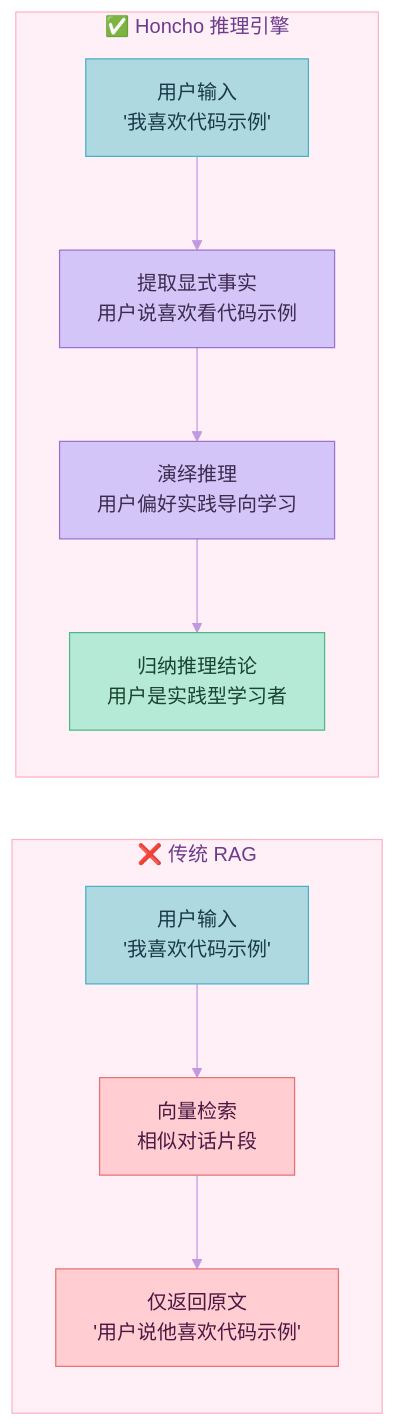
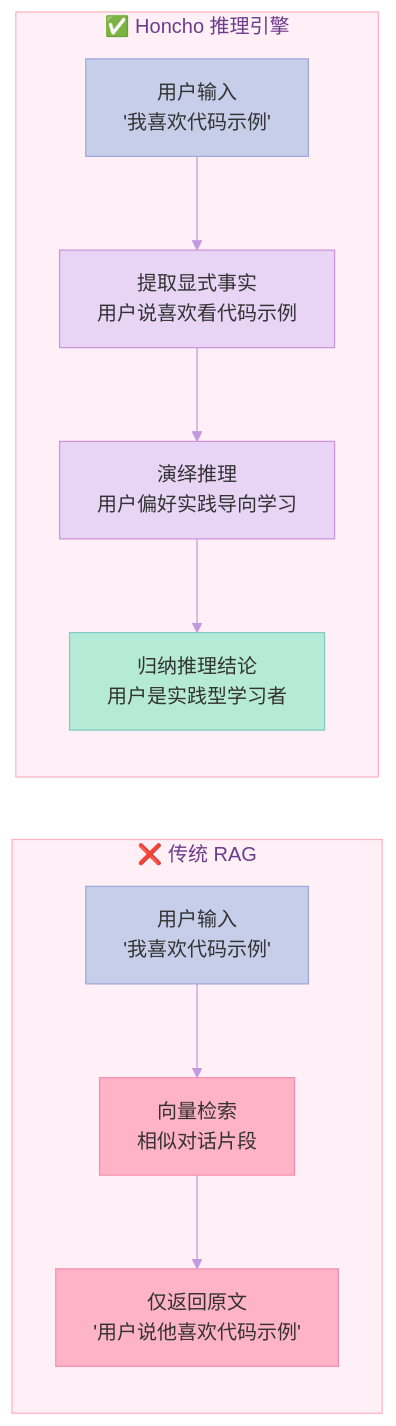
One commit to xuqi2024/xuqi2024.github.io changed the fifth of 10 diagrams in source/_posts/2026-04-13-hermes-agent深度完全解读.md. Above: the diagram before and after it, drawn with Mermaid. The commit also changed other lines of this file and 23 other files, not shown here.

````diff
--- a/source/_posts/2026-04-13-hermes-agent深度完全解读.md
+++ b/source/_posts/2026-04-13-hermes-agent深度完全解读.md
@@ -300,24 +306,24 @@
 ```mermaid
-%%{init: {'theme': 'base', 'themeVariables': {'primaryColor': '#FFB3C1', 'primaryTextColor': '#4A1942', 'primaryBorderColor': '#FF85A1', 'lineColor': '#C299E0', 'secondaryColor': '#C8E6C9', 'tertiaryColor': '#AED9E0', 'background': '#FFF8FB', 'mainBkg': '#FFB3C1', 'nodeBorder': '#FF85A1', 'clusterBkg': '#FFF0F7', 'clusterBorder': '#FFB3C1', 'titleColor': '#6D3B8C', 'edgeLabelBackground': '#FFF8FB'}}}%%
+%%{init: {'theme': 'base', 'themeVariables': {'primaryColor': '#FFB3C1', 'primaryTextColor': '#4A1942', 'primaryBorderColor': '#FF85A1', 'lineColor': '#C299E0', 'secondaryColor': '#C8E6C9', 'tertiaryColor': '#C7CEEA', 'background': '#FFF8FB', 'mainBkg': '#FFB3C1', 'nodeBorder': '#FF85A1', 'clusterBkg': '#FFF0F7', 'clusterBorder': '#FFB3C1', 'titleColor': '#6D3B8C', 'edgeLabelBackground': '#FFF8FB'}}}%%
 flowchart LR
-    classDef input fill:#AED9E0,stroke:#48B2C8,color:#1A3A4A
-    classDef ragnode fill:#FFCDD2,stroke:#E57373,color:#4A1942
-    classDef honcho fill:#D4C5F9,stroke:#9B72CF,color:#3D2B4F
-    classDef bad fill:#FFCDD2,stroke:#E57373,color:#4A1942
-    classDef good fill:#B5EAD7,stroke:#52B788,color:#1B4332
+    classDef input fill:#C7CEEA,stroke:#9FA8DA,color:#333
+    classDef ragnode fill:#FFB3C6,stroke:#F48FB1,color:#333
+    classDef honcho fill:#E8D5F5,stroke:#CE93D8,color:#333
+    classDef bad fill:#FFB3C6,stroke:#F48FB1,color:#333
+    classDef good fill:#B5EAD7,stroke:#80CBC4,color:#333
 
     subgraph RAG["❌  传统 RAG"]
         RA["用户输入<br/>'我喜欢代码示例'"]:::input
         RB["向量检索<br/>相似对话片段"]:::ragnode
         RC["仅返回原文<br/>'用户说他喜欢代码示例'"]:::bad
         RA --> RB --> RC
     end
 
     subgraph HON["✅  Honcho 推理引擎"]
         HA["用户输入<br/>'我喜欢代码示例'"]:::input
         HB["提取显式事实<br/>用户说喜欢看代码示例"]:::honcho
         HC2["演绎推理<br/>用户偏好实践导向学习"]:::honcho
         HD["归纳推理结论<br/>用户是实践型学习者"]:::good
         HA --> HB --> HC2 --> HD
     end
 ```
````
